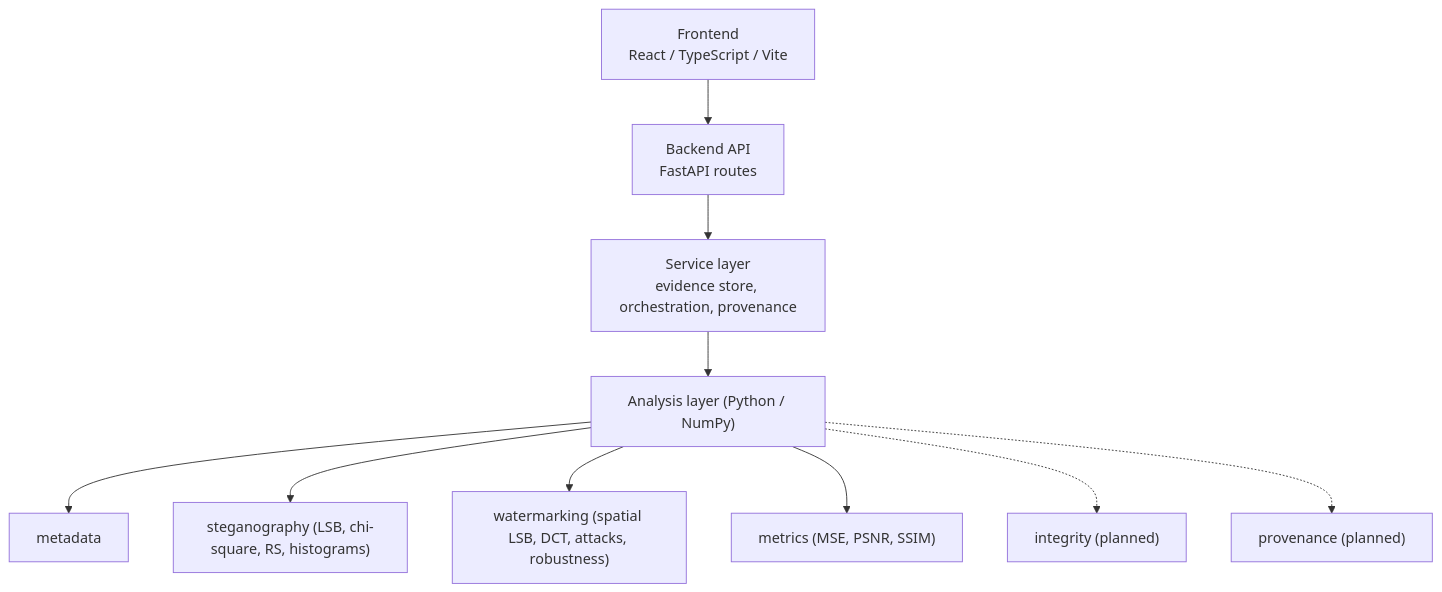
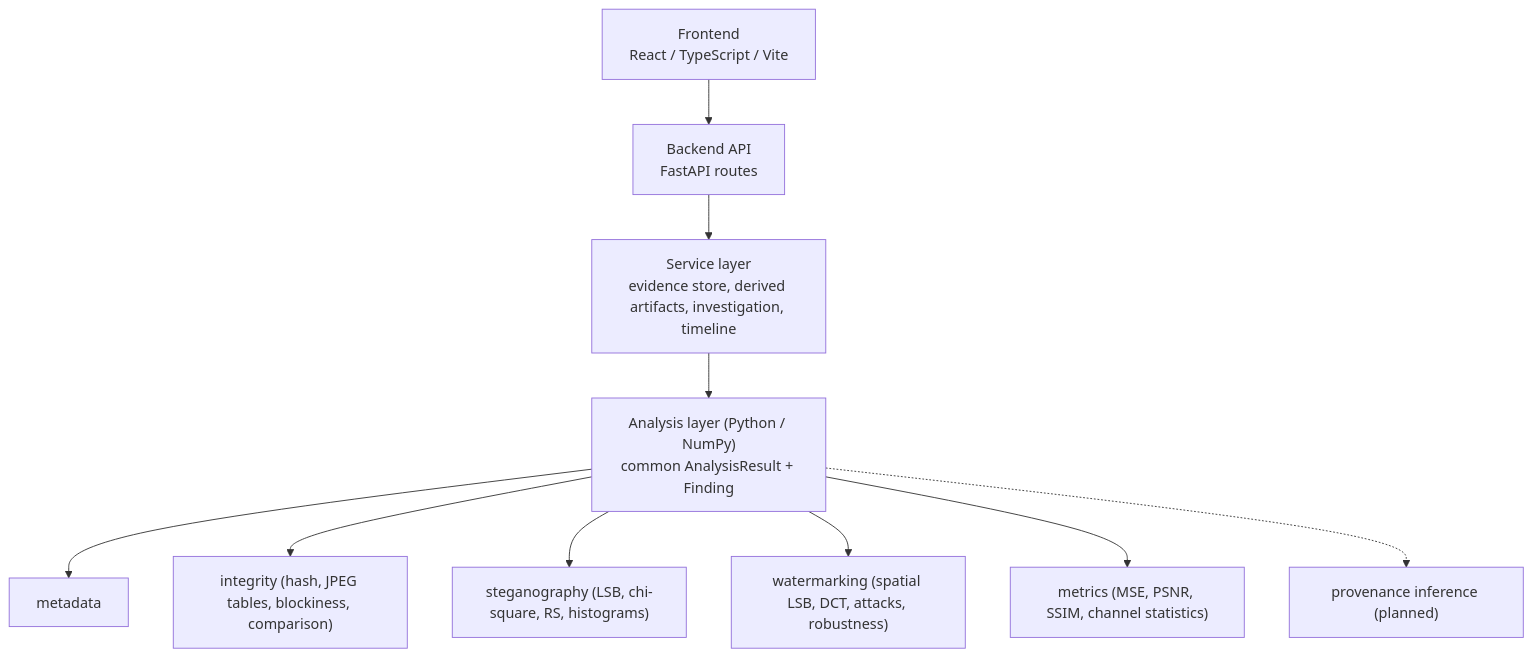
The diagram in README.md (pratham1357/Veridia), drawn with Mermaid before and after one commit. The commit also changed other lines of this file and 46 other files, not shown here.

Commit message:
feat: add forensic investigation workflow with provenance chain, integrity analysis and structured findings

````diff
--- a/README.md
+++ b/README.md
@@ -141,12 +168,12 @@
 ```mermaid
 flowchart TD
     FE["Frontend<br/>React / TypeScript / Vite"] --> API["Backend API<br/>FastAPI routes"]
-    API --> SVC["Service layer<br/>evidence store, orchestration, provenance"]
-    SVC --> AN["Analysis layer (Python / NumPy)"]
+    API --> SVC["Service layer<br/>evidence store, derived artifacts, investigation, timeline"]
+    SVC --> AN["Analysis layer (Python / NumPy)<br/>common AnalysisResult + Finding"]
     AN --> M["metadata"]
+    AN --> I["integrity (hash, JPEG tables, blockiness, comparison)"]
     AN --> S["steganography (LSB, chi-square, RS, histograms)"]
     AN --> W["watermarking (spatial LSB, DCT, attacks, robustness)"]
-    AN --> Q["metrics (MSE, PSNR, SSIM)"]
-    AN -.-> I["integrity (planned)"]
-    AN -.-> P["provenance (planned)"]
+    AN --> Q["metrics (MSE, PSNR, SSIM, channel statistics)"]
+    AN -.-> P["provenance inference (planned)"]
 ```
````
